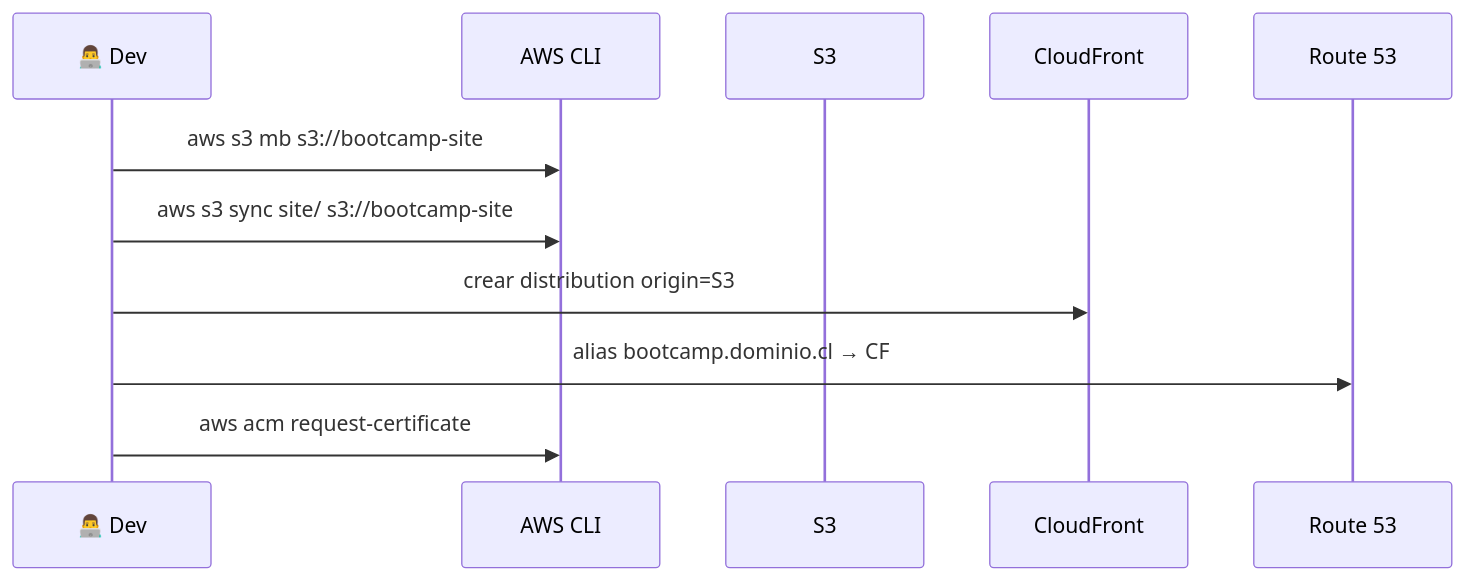
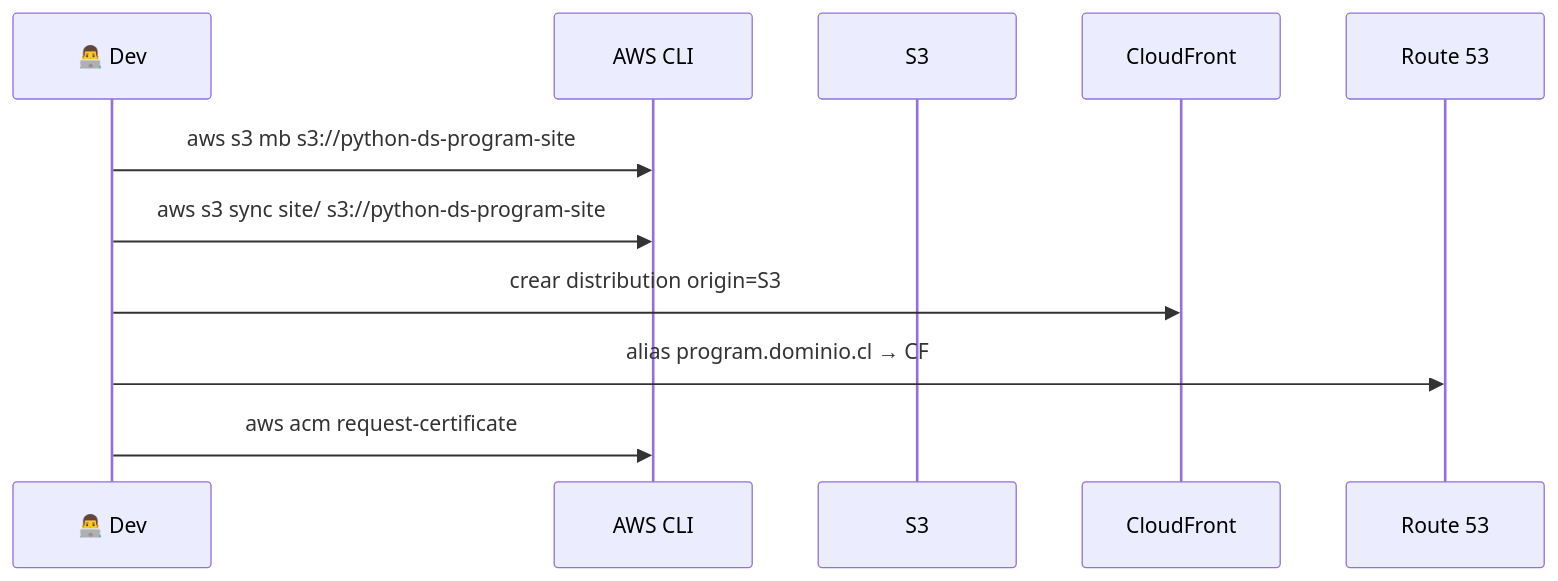
Before and after one commit to vladimiracunadev-create/python-data-science-bootcamp: the sixth of 6 diagrams in docs/MIGRACION_AWS.md, drawn with Mermaid. The commit also changed other lines of this file and 79 other files, not shown here.

First line of the commit message:
chore: renombrar producto a 'Python Data Science Program'

````diff
--- a/docs/MIGRACION_AWS.md
+++ b/docs/MIGRACION_AWS.md
@@ -177,13 +177,13 @@
 ```mermaid
 sequenceDiagram
     participant Dev as 👨‍💻 Dev
     participant CLI as AWS CLI
     participant S3 as S3
     participant CF as CloudFront
     participant R53 as Route 53
-    Dev->>CLI: aws s3 mb s3://bootcamp-site
-    Dev->>CLI: aws s3 sync site/ s3://bootcamp-site
+    Dev->>CLI: aws s3 mb s3://python-ds-program-site
+    Dev->>CLI: aws s3 sync site/ s3://python-ds-program-site
     Dev->>CF: crear distribution origin=S3
-    Dev->>R53: alias bootcamp.dominio.cl → CF
+    Dev->>R53: alias program.dominio.cl → CF
     Dev->>CLI: aws acm request-certificate
 ```
````
